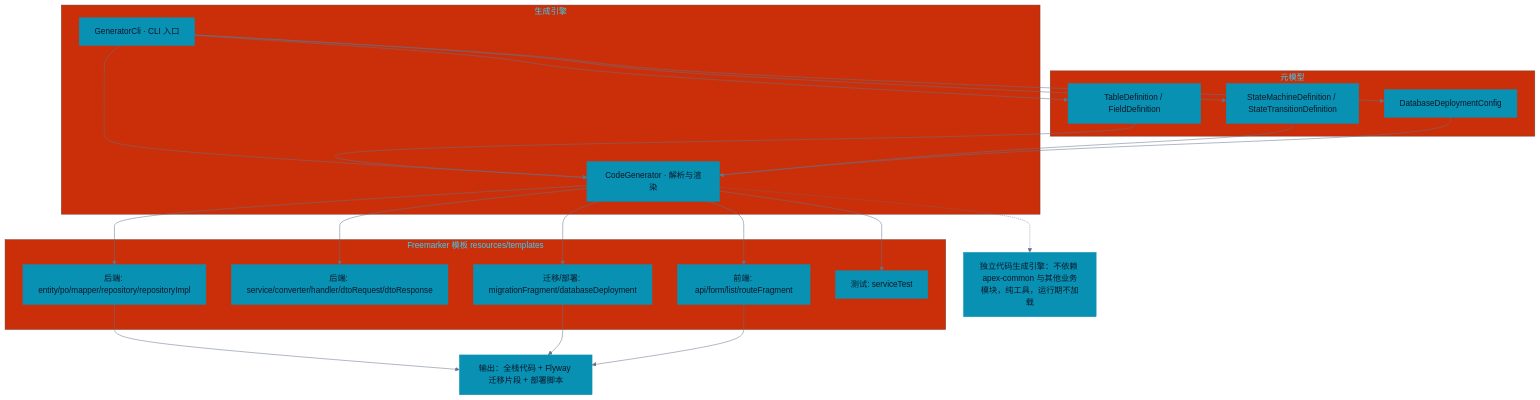
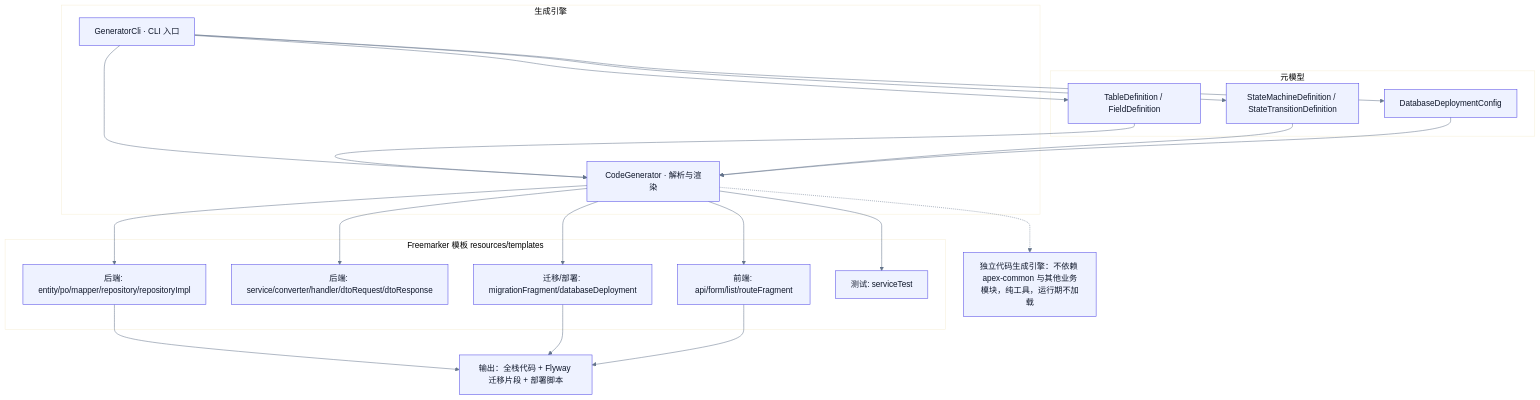
Before and after one commit to apex-cloud-service/apex-scaffold: the diagram in docs/diagrams/106_module_generator_structure.mmd, drawn with Mermaid. The commit also changed 507 other files, not shown here.

```diff
--- a/docs/diagrams/106_module_generator_structure.mmd
+++ b/docs/diagrams/106_module_generator_structure.mmd
@@ -1,41 +1,41 @@
-%%{init: {'theme':'base', 'themeVariables': {'primaryColor':'#0891b2','primaryTextColor':'#0f172a','primaryBorderColor':'#0891b2','lineColor':'#64748b','fontFamily':'sans-serif'}}}%%
+%%{init: {'theme':'base', 'themeVariables': {'primaryColor':'#eef2ff','primaryTextColor':'#0f172a','primaryBorderColor':'#4f46e5','lineColor':'#64748b','fontFamily':'sans-serif'}}}%%
 flowchart TB
   subgraph Meta["元模型"]
     M1["TableDefinition / FieldDefinition"]
     M2["StateMachineDefinition / StateTransitionDefinition"]
     M3["DatabaseDeploymentConfig"]
   end
 
   subgraph Engine["生成引擎"]
     E1["GeneratorCli · CLI 入口"]
     E2["CodeGenerator · 解析与渲染"]
   end
 
   subgraph Tpl["Freemarker 模板 resources/templates"]
     T1["后端: entity/po/mapper/repository/repositoryImpl"]
     T2["后端: service/converter/handler/dtoRequest/dtoResponse"]
     T3["迁移/部署: migrationFragment/databaseDeployment"]
     T4["前端: api/form/list/routeFragment"]
     T5["测试: serviceTest"]
   end
 
   OUT["输出：全栈代码 + Flyway 迁移片段 + 部署脚本"]
 
   E1 --> M1
   E1 --> M2
   E1 --> M3
   E1 --> E2
   M1 --> E2
   M2 --> E2
   M3 --> E2
   E2 --> T1
   E2 --> T2
   E2 --> T3
   E2 --> T4
   E2 --> T5
   T1 --> OUT
   T3 --> OUT
   T4 --> OUT
 
   NOTE["独立代码生成引擎：不依赖 apex-common 与其他业务模块，纯工具，运行期不加载"]
   E2 -.-> NOTE
```
